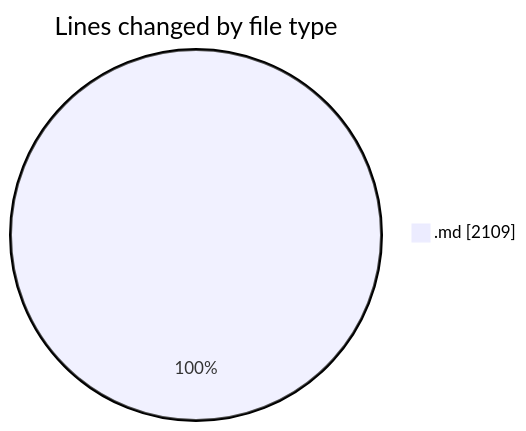
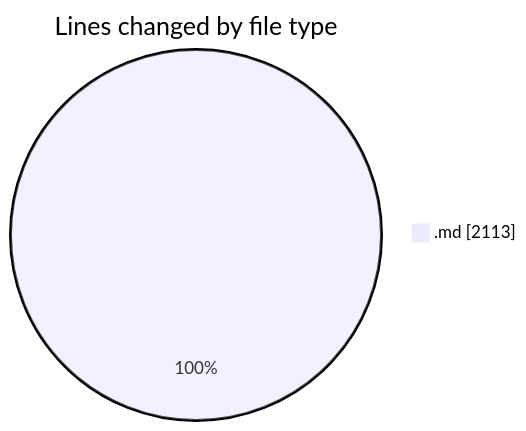
One commit to Ritupan-Deka/code-tracking changed the first of 2 diagrams in 2025-07-07/urlwebwala_intership_work/README.md. Above: the diagram before and after it, drawn with Mermaid. The commit also changed other lines of this file and 1 other file, not shown here.

````diff
--- a/2025-07-07/urlwebwala_intership_work/README.md
+++ b/2025-07-07/urlwebwala_intership_work/README.md
@@ -22,5 +22,5 @@
 ```mermaid
 pie showData
 title Lines changed by file type
-".md" : 2109
+".md" : 2113
 ```
````
